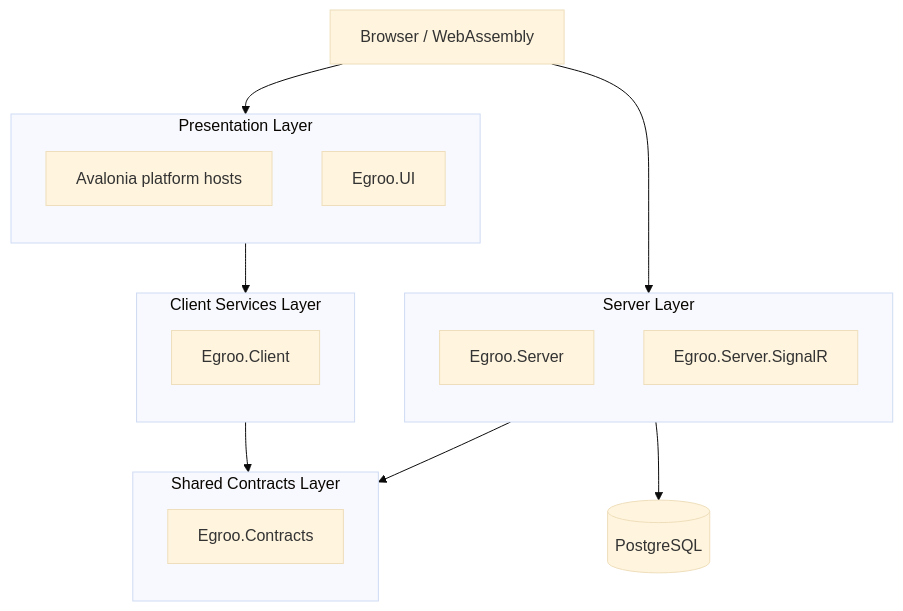
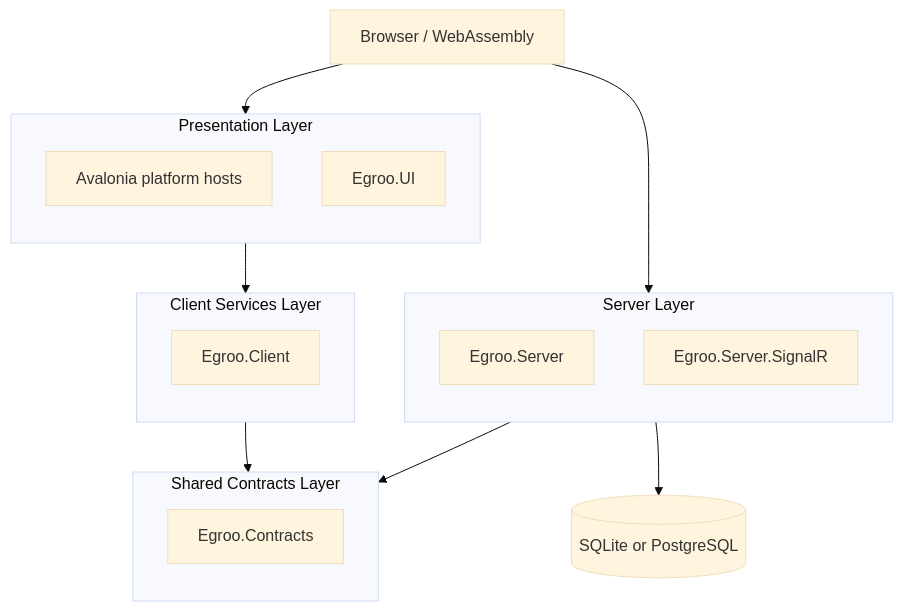
The first of 5 diagrams in wiki/Architecture.md (jihadkhawaja/Egroo), drawn with Mermaid (base theme) before and after one commit. The commit also changed other lines of this file and 46 other files, not shown here.

````diff
--- a/wiki/Architecture.md
+++ b/wiki/Architecture.md
@@ -7,34 +7,34 @@
 ```mermaid
 flowchart TD
     Browser["Browser / WebAssembly"]
-    Db[("PostgreSQL")]
+    Db[("SQLite or PostgreSQL")]
 
     subgraph PresentationLayer["Presentation Layer"]
         direction TB
         Host["Avalonia platform hosts"]
         UI["Egroo.UI"]
     end
 
     subgraph ClientServicesLayer["Client Services Layer"]
         direction TB
         ChatClient["Egroo.Client"]
     end
 
     subgraph ServerLayer["Server Layer"]
         direction TB
         Api["Egroo.Server"]
         ChatServer["Egroo.Server.SignalR"]
     end
 
     subgraph SharedLayer["Shared Contracts Layer"]
         direction TB
         Shared["Egroo.Contracts"]
     end
 
     Browser --> PresentationLayer
     Browser --> ServerLayer
     PresentationLayer --> ClientServicesLayer
     ClientServicesLayer --> SharedLayer
     ServerLayer --> SharedLayer
     ServerLayer --> Db
 ```
````
